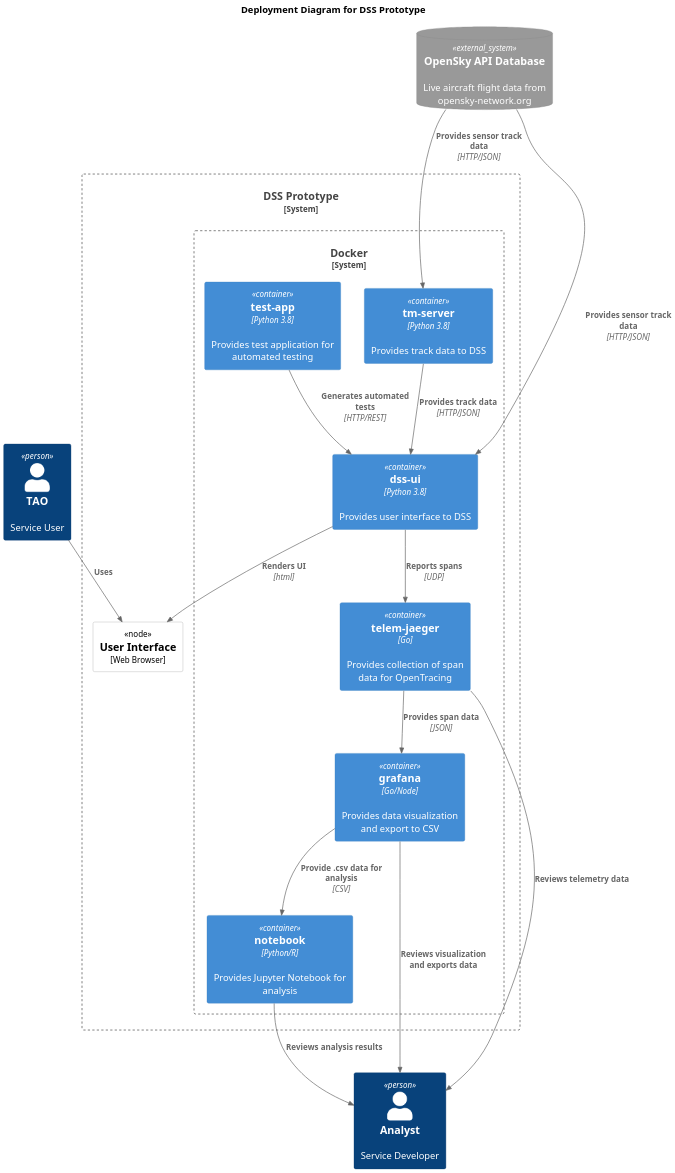
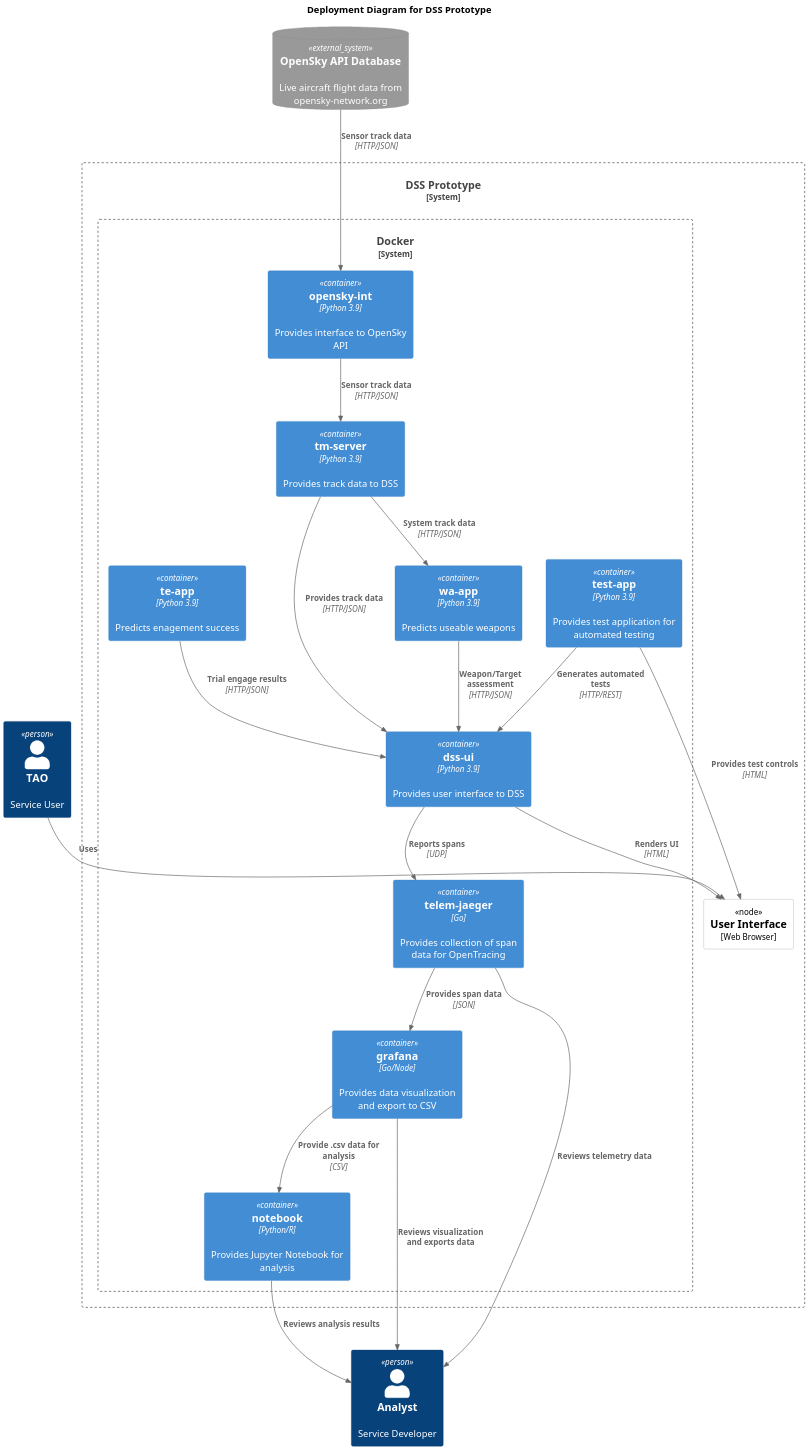
The third of 3 diagrams in doc/software-design/dss-prototype-sw-design.puml (amurp003/dss-prototype), drawn with PlantUML before and after one commit. The commit also changed other lines of this file and 3 other files, not shown here.

Commit message:
SW diagram updates

```diff
--- a/doc/software-design/dss-prototype-sw-design.puml
+++ b/doc/software-design/dss-prototype-sw-design.puml
@@ -60,42 +67,53 @@
 @startuml Deployment Diagram
 skinparam dpi 200
 !include https://raw.githubusercontent.com/plantuml-stdlib/C4-PlantUML/master/C4_Deployment.puml
 ' uncomment the following line and comment the first to use locally
 ' !include C4_Deployment.puml
 
 
 ' LAYOUT_LANDSCAPE()
 
 title Deployment Diagram for DSS Prototype
 
 Person(tao, TAO, "Service User")
 Person(sme, Analyst, "Service Developer")
 SystemDb_Ext(C2, "OpenSky API Database", "Live aircraft flight data from opensky-network.org")
 
 System_Boundary(DSS, "DSS Prototype") {
     
     Deployment_Node(UI, "User Interface", "Web Browser")
     
     System_Boundary(pc, "Docker"){
-        Container(DSSUI, "dss-ui", "Python 3.8", "Provides user interface to DSS")
-        Container(TM, "tm-server", "Python 3.8", "Provides track data to DSS")
+        Container(DSSUI, "dss-ui", "Python 3.9", "Provides user interface to DSS")
+        Container(TnE, "test-app", "Python 3.9", "Provides test application for automated testing")
+ 
+        Container(TM, "tm-server", "Python 3.9", "Provides track data to DSS")
+        Container(WA, "wa-app", "Python 3.9", "Predicts useable weapons")
+        Container(TE, "te-app", "Python 3.9", "Predicts enagement success")
+        Container(TI, "opensky-int", "Python 3.9", "Provides interface to OpenSky API")
+        
         Container(NB, "notebook", "Python/R", "Provides Jupyter Notebook for analysis")
-        Container(TE, "test-app", "Python 3.8", "Provides test application for automated testing")
         Container(G, "grafana", "Go/Node", "Provides data visualization and export to CSV")
         Container(J, "telem-jaeger", "Go", "Provides collection of span data for OpenTracing")
     }
 }
 
 Rel(tao, UI, "Uses")
-Rel(C2,TM, "Provides sensor track data", "HTTP/JSON")
-Rel(C2,DSSUI, "Provides sensor track data", "HTTP/JSON")
+Rel(TnE, UI, "Provides test controls", "HTML")
+Rel(DSSUI,UI, "Renders UI", "HTML")
+
+Rel(WA, DSSUI, "Weapon/Target assessment", "HTTP/JSON")
+Rel(TE, DSSUI, "Trial engage results", "HTTP/JSON")
+Rel(TnE,DSSUI, "Generates automated tests", "HTTP/REST")
+
+Rel(TM, WA, "System track data", "HTTP/JSON")
+Rel(C2,TI, "Sensor track data", "HTTP/JSON")
+Rel(TI, TM, "Sensor track data", "HTTP/JSON")
 Rel(TM,DSSUI, "Provides track data", "HTTP/JSON")
-Rel(TE,DSSUI, "Generates automated tests", "HTTP/REST")
 Rel(DSSUI,J, "Reports spans", "UDP")
 Rel(J,G, "Provides span data", "JSON")
 Rel(G,NB, "Provide .csv data for analysis", "CSV")
-Rel(DSSUI,UI, "Renders UI", "html")
 Rel(NB,sme, "Reviews analysis results")
 Rel(G,sme, "Reviews visualization and exports data")
 Rel(J,sme, "Reviews telemetry data")
 @enduml
```
